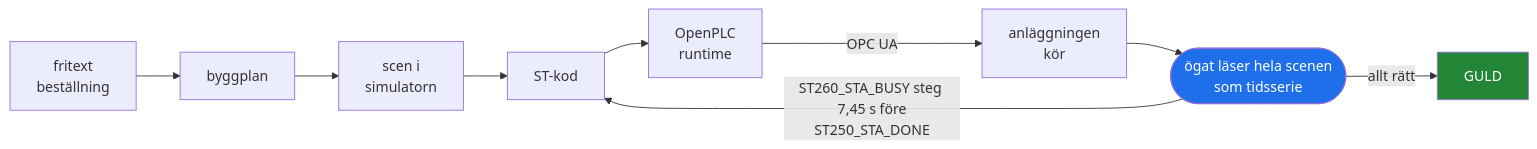
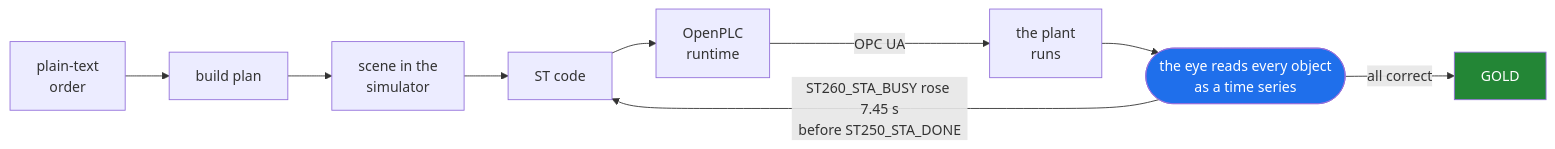
One commit to antonbj3/VC_Assist changed the first of 3 diagrams in docs/PRESENTATION_UTKAST.md. Above: the diagram before and after it, drawn with Mermaid. The commit also changed other lines of this file and 2 other files, not shown here.

Commit message:
presentationen pa engelska, forklarande - plus scripts/forhandsvisa.py som ritar mermaid lokalt

````diff
--- a/docs/PRESENTATION_UTKAST.md
+++ b/docs/PRESENTATION_UTKAST.md
@@ -13,14 +13,14 @@
 ```mermaid
 flowchart LR
-    A["fritext<br/>beställning"] --> B["byggplan"]
-    B --> C["scen i<br/>simulatorn"]
-    C --> D["ST-kod"]
+    A["plain-text<br/>order"] --> B["build plan"]
+    B --> C["scene in the<br/>simulator"]
+    C --> D["ST code"]
     D --> E["OpenPLC<br/>runtime"]
-    E -->|OPC UA| F["anläggningen<br/>kör"]
-    F --> G(["ögat läser hela scenen<br/>som tidsserie"])
-    G -->|"allt rätt"| H["GULD"]
-    G -->|"ST260_STA_BUSY steg 7,45 s före<br/>ST250_STA_DONE"| D
+    E -->|OPC UA| F["the plant<br/>runs"]
+    F --> G(["the eye reads every object<br/>as a time series"])
+    G -->|all correct| H["GOLD"]
+    G -->|"ST260_STA_BUSY rose 7.45 s<br/>before ST250_STA_DONE"| D
 
     style G fill:#1f6feb,color:#fff
     style H fill:#238636,color:#fff
 ```
````
